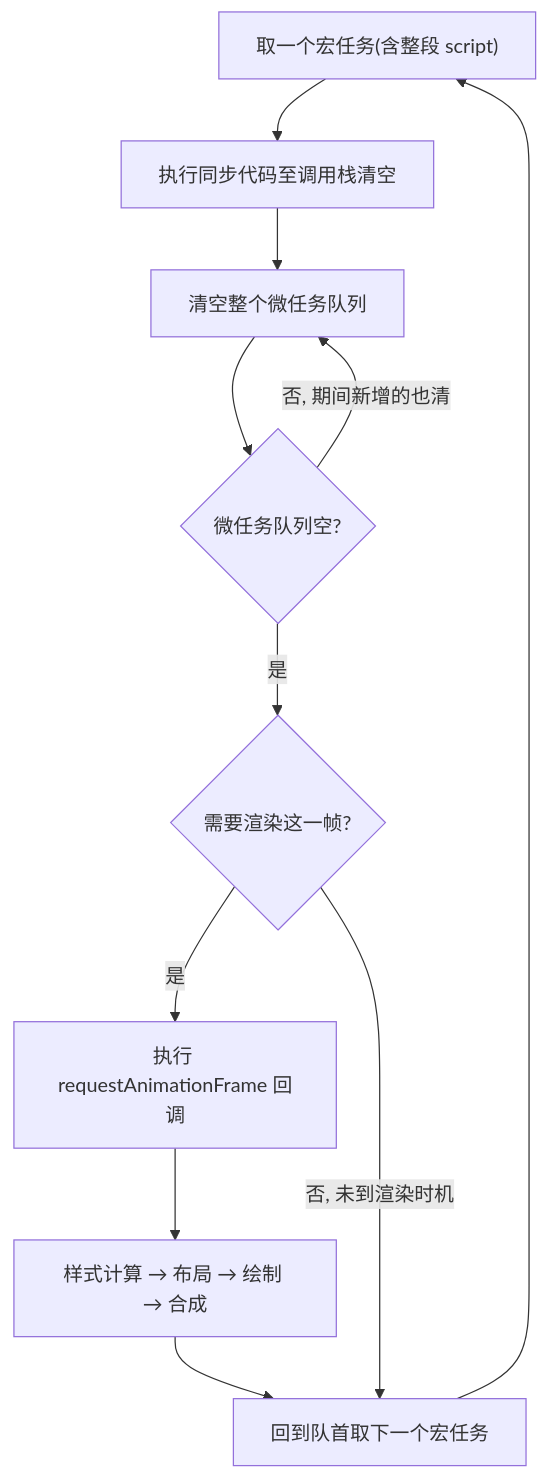
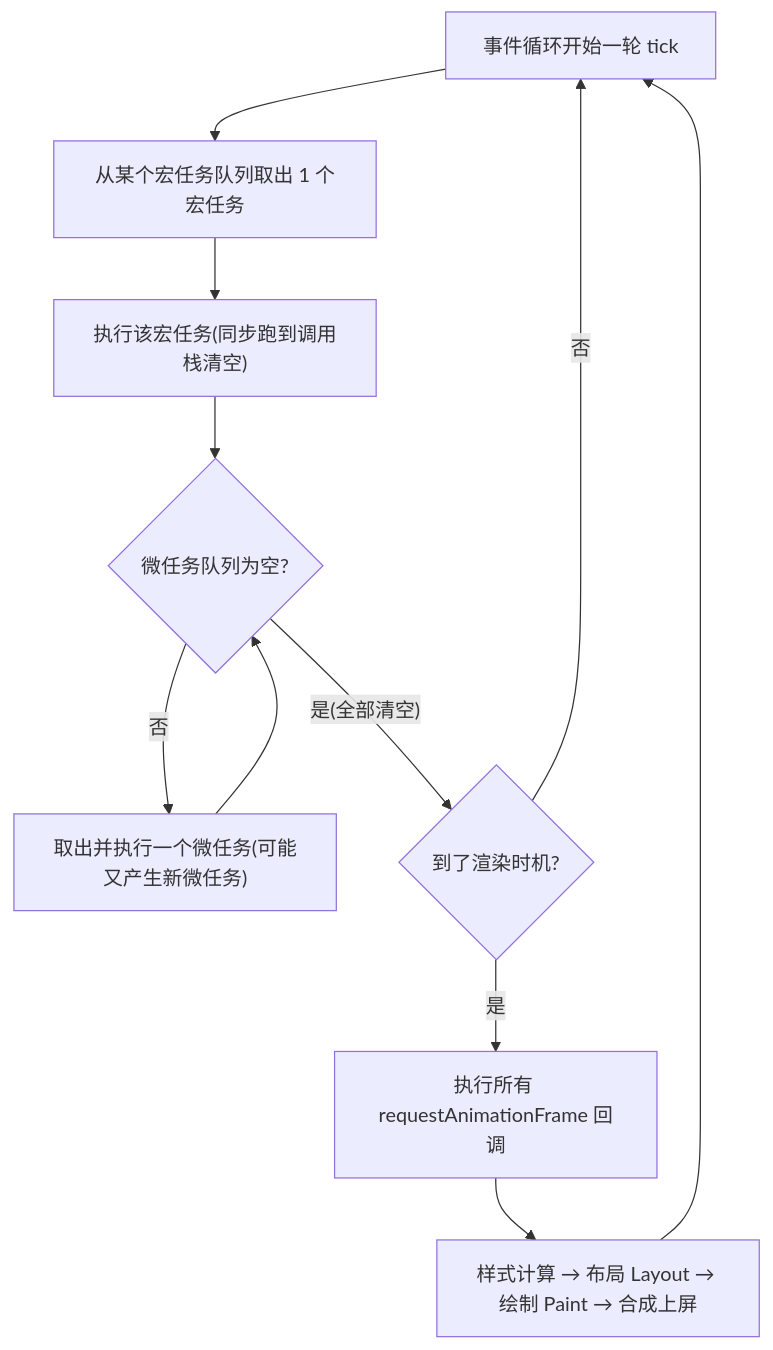
The first of 3 diagrams in 18-browser-principles/06-event-loop-deep/README.md (boyley/frontend-learning), drawn with Mermaid before and after one commit. The commit also changed other lines of this file and 35 other files, not shown here.

````diff
--- a/18-browser-principles/06-event-loop-deep/README.md
+++ b/18-browser-principles/06-event-loop-deep/README.md
@@ -42,13 +86,13 @@
 ```mermaid
 flowchart TD
-    S["取一个宏任务(含整段 script)"] --> Exec["执行同步代码至调用栈清空"]
-    Exec --> Micro["清空整个微任务队列"]
-    Micro --> M{"微任务队列空?"}
-    M -->|否, 期间新增的也清| Micro
-    M -->|是| RAF{"需要渲染这一帧?"}
-    RAF -->|是| A["执行 requestAnimationFrame 回调"]
-    A --> Layout["样式计算 → 布局 → 绘制 → 合成"]
-    Layout --> Next
-    RAF -->|否, 未到渲染时机| Next["回到队首取下一个宏任务"]
-    Next --> S
+    A["事件循环开始一轮 tick"] --> B["从某个宏任务队列取出 1 个宏任务"]
+    B --> C["执行该宏任务(同步跑到调用栈清空)"]
+    C --> D{"微任务队列为空?"}
+    D -- "否" --> E["取出并执行一个微任务(可能又产生新微任务)"]
+    E --> D
+    D -- "是(全部清空)" --> F{"到了渲染时机?"}
+    F -- "否" --> A
+    F -- "是" --> G["执行所有 requestAnimationFrame 回调"]
+    G --> H["样式计算 → 布局 Layout → 绘制 Paint → 合成上屏"]
+    H --> A
 ```
````
